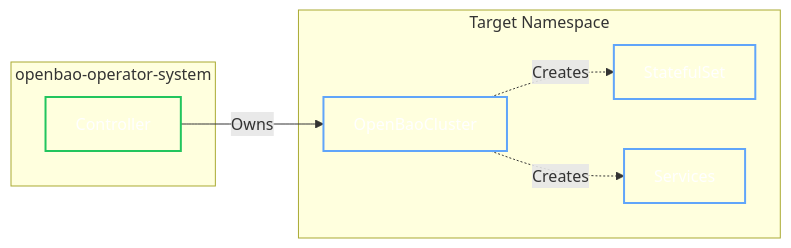
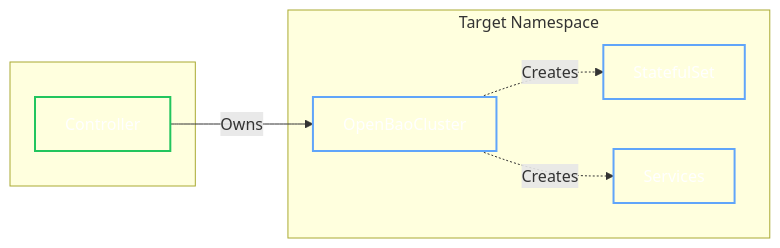
One commit to dc-tec/openbao-operator changed the diagram in docs/user-guide/operator/single-tenant-mode.md. Above: the diagram before and after it, drawn with Mermaid. The commit also changed other lines of this file and 30 other files, not shown here.

````diff
--- a/docs/user-guide/operator/single-tenant-mode.md
+++ b/docs/user-guide/operator/single-tenant-mode.md
@@ -34,22 +34,22 @@
 ```mermaid
 graph LR
-    subgraph OperatorNS["openbao-operator-system"]
+    subgraph OperatorNS["<operator-namespace>"]
         Controller["Controller"]
     end
     
     subgraph TargetNS["Target Namespace"]
         Cluster["OpenBaoCluster"]
         STS["StatefulSet"]
         SVC["Services"]
     end
 
     Controller -->|Owns| Cluster
     Cluster -.->|Creates| STS
     Cluster -.->|Creates| SVC
     
     classDef write fill:transparent,stroke:#22c55e,stroke-width:2px,color:#fff;
     classDef read fill:transparent,stroke:#60a5fa,stroke-width:2px,color:#fff;
     
     class Controller write;
     class Cluster,STS,SVC read;
 ```
````
